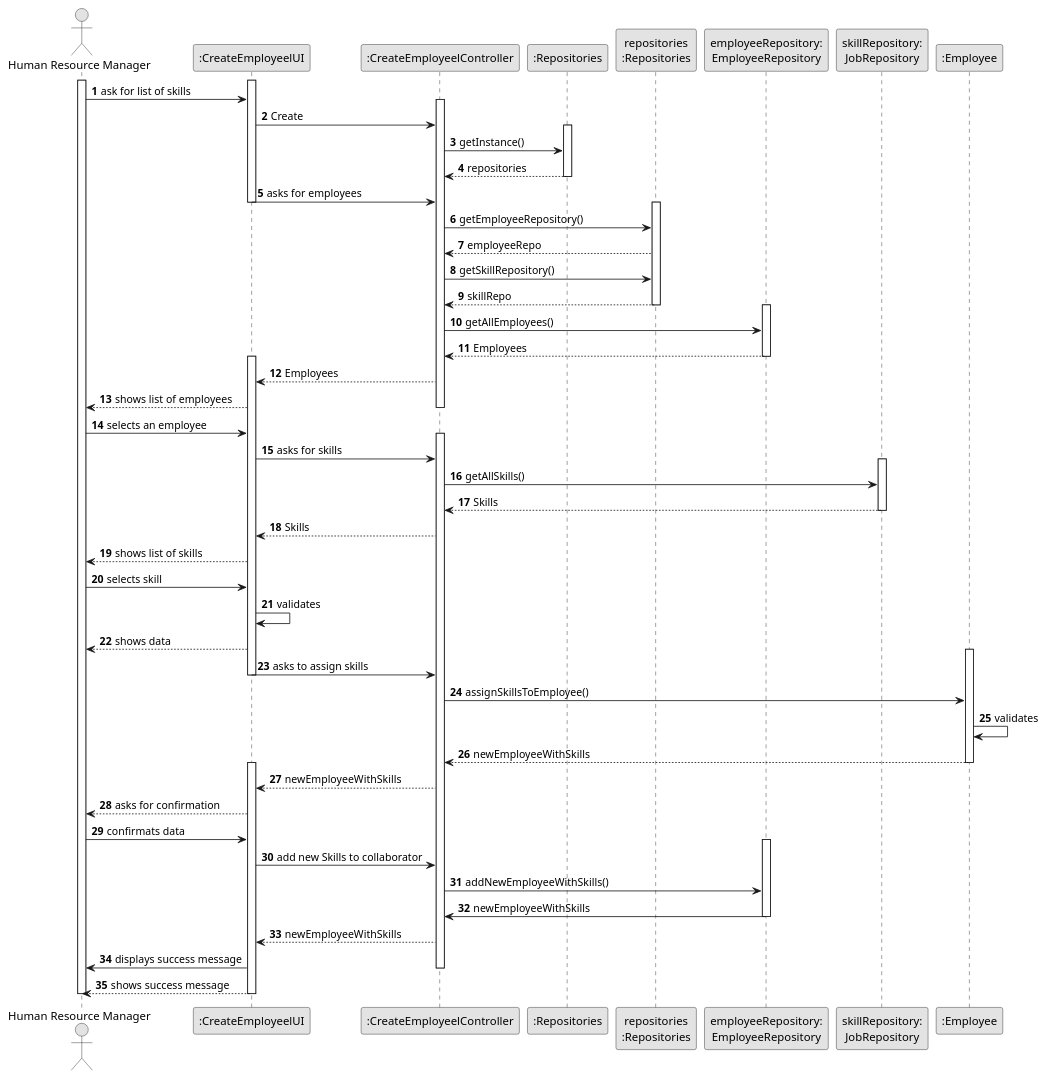
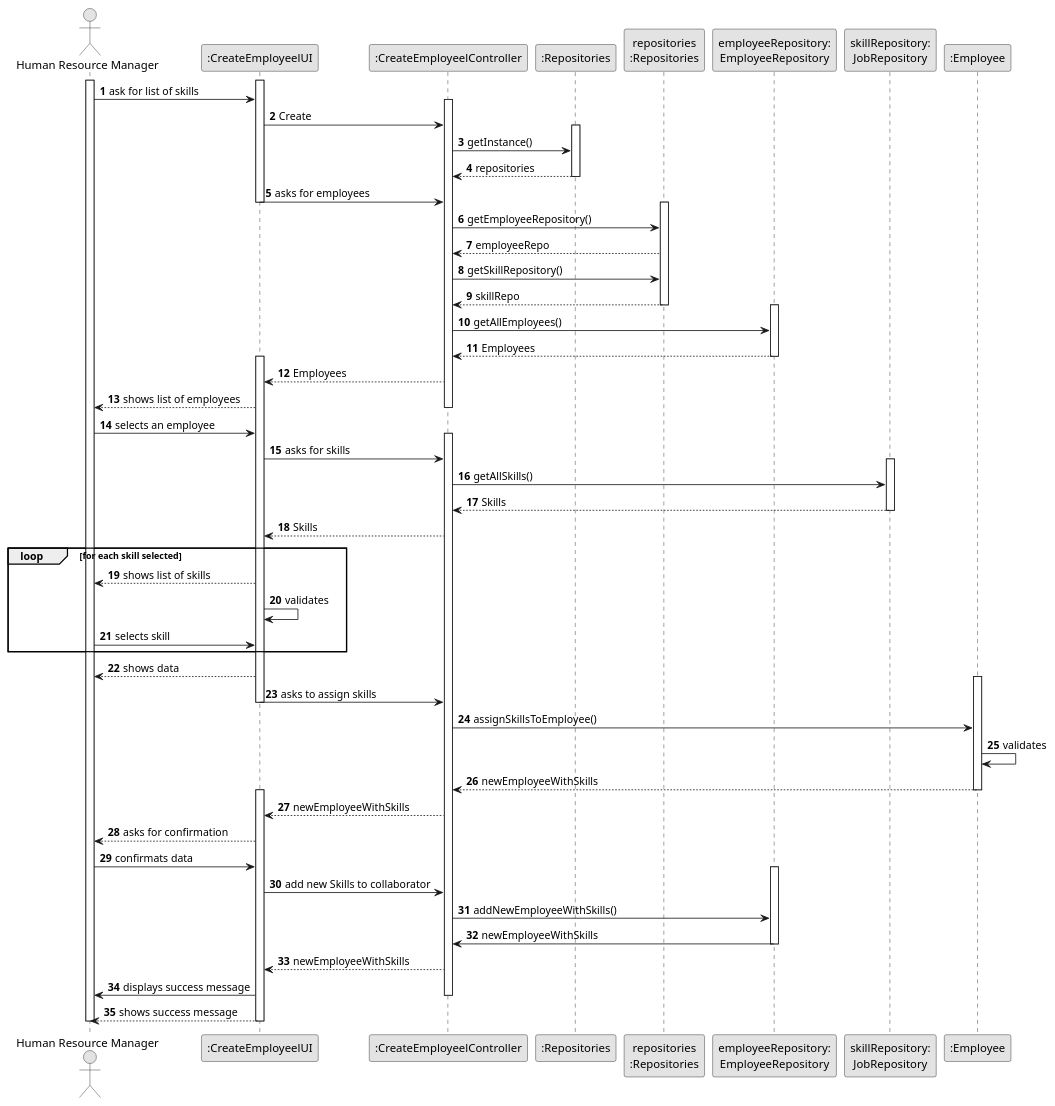
Before and after one commit to Paulo-Pereira-at-ISEP/lei-24-s2-1nanb-g321: the diagram in docs/sprintB/us04/03.design/puml/us006-sequence-diagram-full.puml, drawn with PlantUML. The commit also changed 4 other files, not shown here.

```diff
--- a/docs/sprintB/us04/03.design/puml/us006-sequence-diagram-full.puml
+++ b/docs/sprintB/us04/03.design/puml/us006-sequence-diagram-full.puml
@@ -1,97 +1,100 @@
 @startuml
 skinparam monochrome true
 skinparam packageStyle rectangle
 skinparam shadowing false
 
 autonumber
 
 'hide footbox
 
 actor "Human Resource Manager" as HRM
 participant ":CreateEmployeelUI" as UI
 participant ":CreateEmployeelController" as controller
 participant ":Repositories" as singleton
 participant "repositories\n:Repositories" as rep
 participant "employeeRepository:\nEmployeeRepository" as employeeRep
 participant "skillRepository:\nJobRepository" as SkillRep
 participant ":Employee" as Employee
 
 
 activate HRM
 activate UI
         HRM -> UI : ask for list of skills
 
         activate controller
 
         UI -> controller : Create
         activate singleton
         controller -> singleton :getInstance()
         singleton --> controller : repositories
         deactivate singleton
         UI -> controller :asks for employees
 deactivate UI
         activate rep
         controller -> rep : getEmployeeRepository()
         rep --> controller : employeeRepo
         controller -> rep :getSkillRepository()
         rep --> controller : skillRepo
         deactivate rep
         activate employeeRep
 
         controller -> employeeRep : getAllEmployees()
         employeeRep --> controller : Employees
         deactivate employeeRep
 activate UI
 
 
         controller --> UI: Employees
         UI --> HRM : shows list of employees
         deactivate controller
 
         HRM -> UI: selects an employee
         activate controller
 
         UI -> controller : asks for skills
         activate SkillRep
         controller -> SkillRep : getAllSkills()
         SkillRep --> controller : Skills
         deactivate SkillRep
         controller --> UI : Skills
+        loop for each skill selected
         UI --> HRM : shows list of skills
+        UI -> UI : validates
+
         HRM -> UI : selects skill
-        UI -> UI : validates
+        end
         UI --> HRM : shows data
 
 
 
 
         activate Employee
         UI -> controller : asks to assign skills
           deactivate UI
         controller -> Employee : assignSkillsToEmployee()
         Employee -> Employee : validates
         Employee --> controller : newEmployeeWithSkills
         deactivate Employee
 activate UI
         controller --> UI : newEmployeeWithSkills
         UI --> HRM : asks for confirmation
         HRM -> UI : confirmats data
         activate employeeRep
         UI -> controller : add new Skills to collaborator
         controller -> employeeRep : addNewEmployeeWithSkills()
         employeeRep -> controller: newEmployeeWithSkills
         deactivate employeeRep
         controller --> UI : newEmployeeWithSkills
         UI -> HRM : displays success message
         deactivate controller
         UI --> HRM : shows success message
          deactivate UI
 
 
 
 
 
 
 deactivate HRM
 
 @enduml
```
